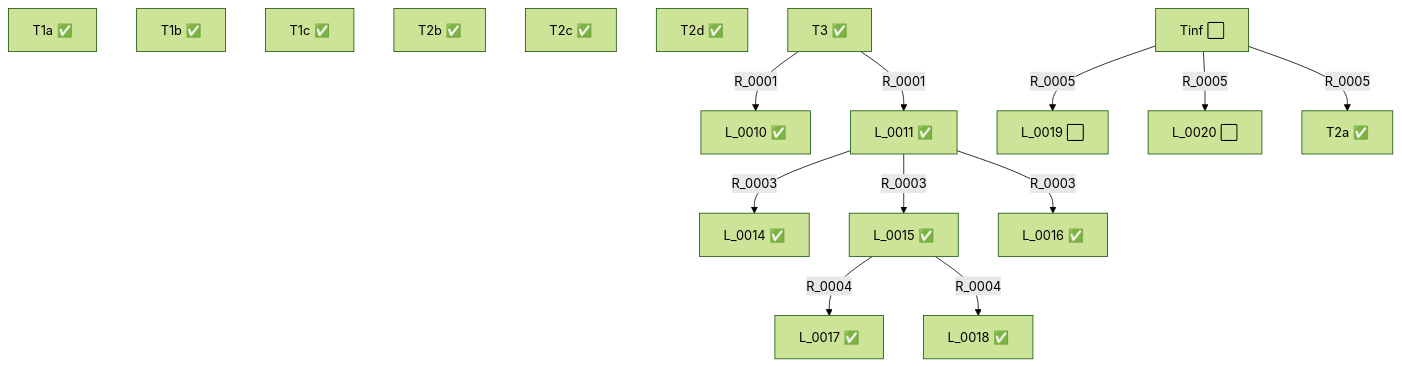
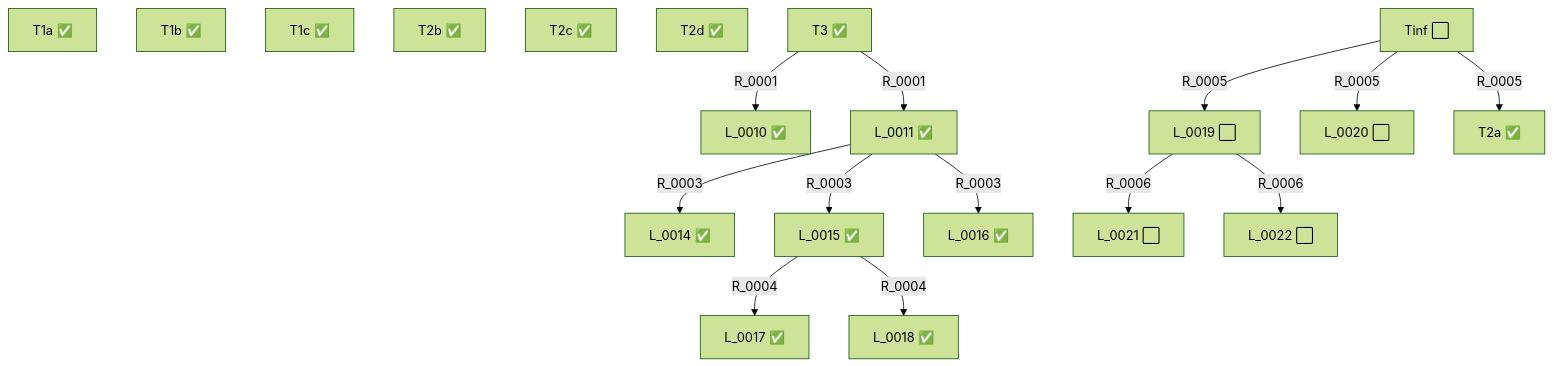
The diagram in STATUS.md (ruca-maths/nickel), drawn with Mermaid (forest theme) before and after one commit. The commit also changed other lines of this file and 6 other files, not shown here.

Commit message:
architect-1: Proofs.R_0006 を受理

````diff
--- a/STATUS.md
+++ b/STATUS.md
@@ -36,31 +38,35 @@
 ```mermaid
 graph TD
   L_0001["T1a ✅"]
   L_0002["T1b ✅"]
   L_0003["T1c ✅"]
   L_0004["T2a ✅"]
   L_0005["T2b ✅"]
   L_0006["T2c ✅"]
   L_0007["T2d ✅"]
   L_0008["T3 ✅"]
   L_0009["Tinf ⬜"]
   L_0010["L_0010 ✅"]
   L_0011["L_0011 ✅"]
   L_0014["L_0014 ✅"]
   L_0015["L_0015 ✅"]
   L_0016["L_0016 ✅"]
   L_0017["L_0017 ✅"]
   L_0018["L_0018 ✅"]
   L_0019["L_0019 ⬜"]
   L_0020["L_0020 ⬜"]
+  L_0021["L_0021 ⬜"]
+  L_0022["L_0022 ⬜"]
   L_0008 -->|R_0001| L_0010
   L_0008 -->|R_0001| L_0011
   L_0011 -->|R_0003| L_0014
   L_0011 -->|R_0003| L_0015
   L_0011 -->|R_0003| L_0016
   L_0015 -->|R_0004| L_0017
   L_0015 -->|R_0004| L_0018
   L_0009 -->|R_0005| L_0019
   L_0009 -->|R_0005| L_0020
   L_0009 -->|R_0005| L_0004
+  L_0019 -->|R_0006| L_0021
+  L_0019 -->|R_0006| L_0022
 ```
````
